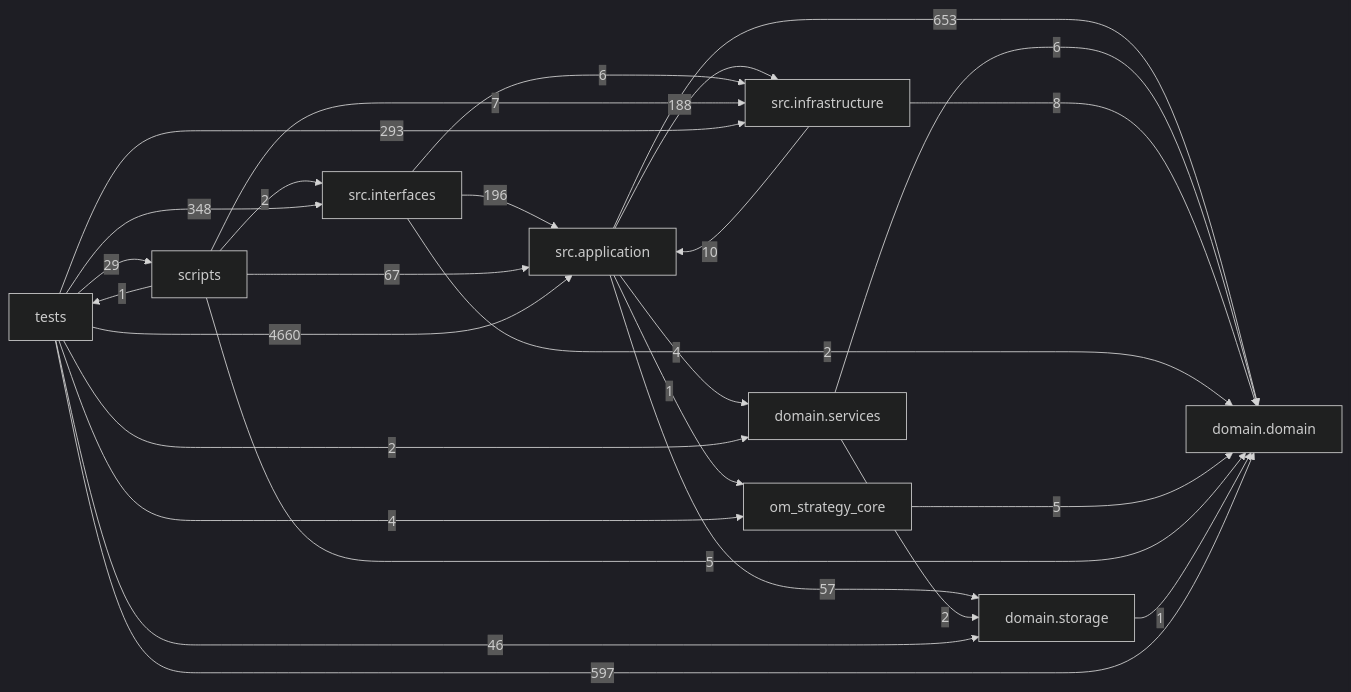
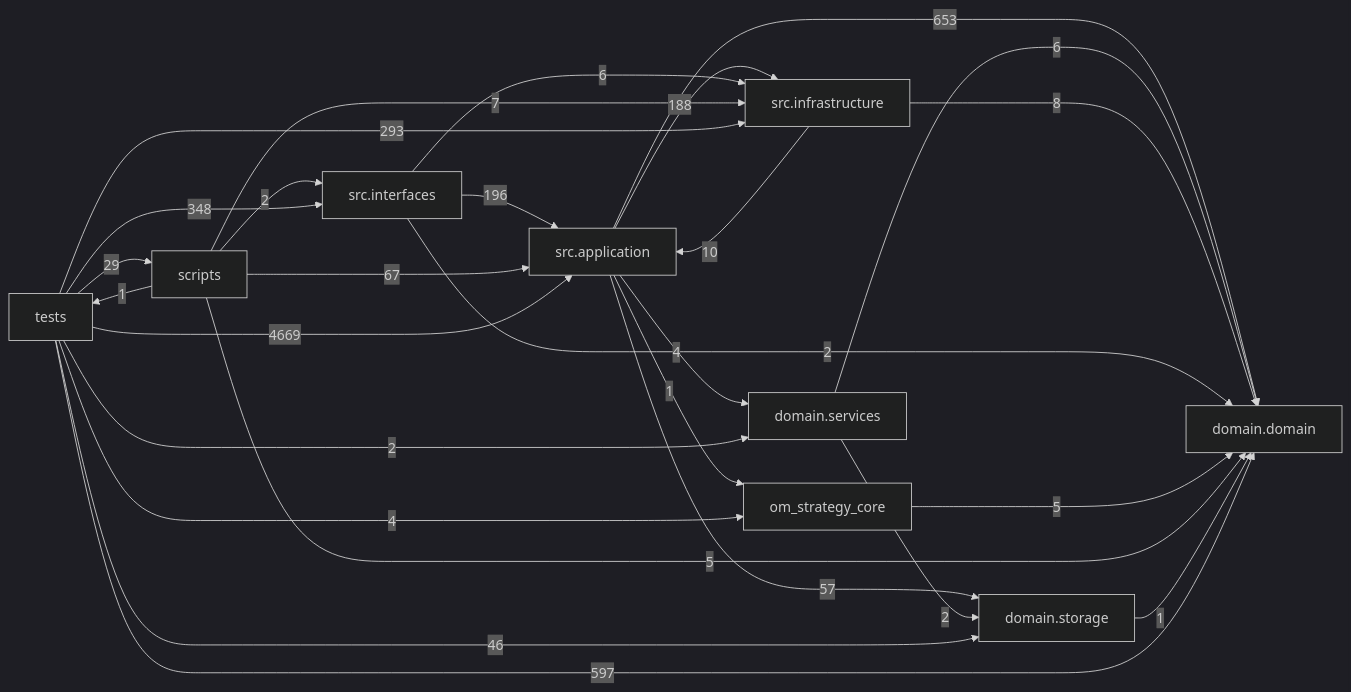
The diagram in docs/DEPENDENCY_GRAPH.md (liuxie066/options-monitor), drawn with Mermaid (dark theme) before and after one commit. The commit also changed other lines of this file and 3 other files, not shown here.

````diff
--- a/docs/DEPENDENCY_GRAPH.md
+++ b/docs/DEPENDENCY_GRAPH.md
@@ -24,38 +24,38 @@
 ```mermaid
 flowchart LR
   tests["tests"]
   scripts["scripts"]
   interfaces["src.interfaces"]
   application["src.application"]
   infrastructure["src.infrastructure"]
   domain_services["domain.services"]
   domain["domain.domain"]
   storage["domain.storage"]
   application -->|653| domain
   application -->|4| domain_services
   application -->|188| infrastructure
   application -->|1| om_strategy_core
   application -->|57| storage
   domain_services -->|6| domain
   domain_services -->|2| storage
   infrastructure -->|10| application
   infrastructure -->|8| domain
   interfaces -->|196| application
   interfaces -->|2| domain
   interfaces -->|6| infrastructure
   om_strategy_core -->|5| domain
   scripts -->|67| application
   scripts -->|5| domain
   scripts -->|7| infrastructure
   scripts -->|2| interfaces
   scripts -->|1| tests
   storage -->|1| domain
-  tests -->|4660| application
+  tests -->|4669| application
   tests -->|597| domain
   tests -->|2| domain_services
   tests -->|293| infrastructure
   tests -->|348| interfaces
   tests -->|4| om_strategy_core
   tests -->|29| scripts
   tests -->|46| storage
 ```
````
